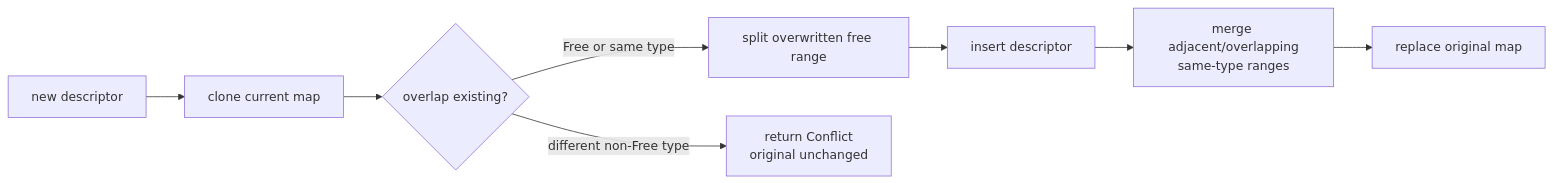
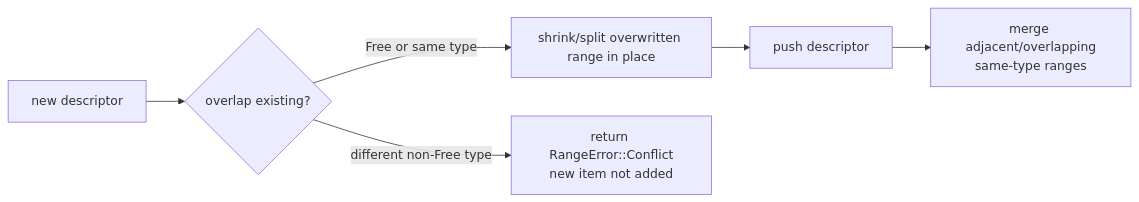
One commit to rcore-os/tgoskits changed the second of 4 diagrams in docs/docs/architecture/memory/boot-memory.md. Above: the diagram before and after it, drawn with Mermaid. The commit also changed other lines of this file and 13 other files, not shown here.

Commit message:
docs(memory): align architecture docs with actual implementation

````diff
--- a/docs/docs/architecture/memory/boot-memory.md
+++ b/docs/docs/architecture/memory/boot-memory.md
@@ -140,10 +139,8 @@
 ```mermaid
 flowchart LR
-    New["new descriptor"] --> Clone["clone current map"]
-    Clone --> Check{"overlap existing?"}
-    Check -->|"Free or same type"| Split["split overwritten free range"]
-    Check -->|"different non-Free type"| Conflict["return Conflict\noriginal unchanged"]
-    Split --> Insert["insert descriptor"]
+    New["new descriptor"] --> Check{"overlap existing?"}
+    Check -->|"Free or same type"| Split["shrink/split overwritten range in place"]
+    Check -->|"different non-Free type"| Conflict["return RangeError::Conflict\nnew item not added"]
+    Split --> Insert["push descriptor"]
     Insert --> Merge["merge adjacent/overlapping\nsame-type ranges"]
-    Merge --> Commit["replace original map"]
 ```
````
